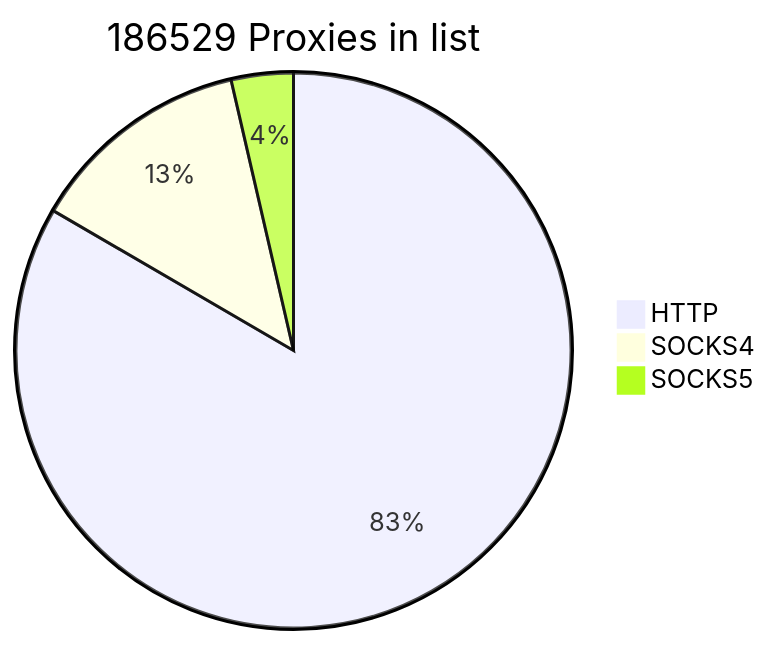
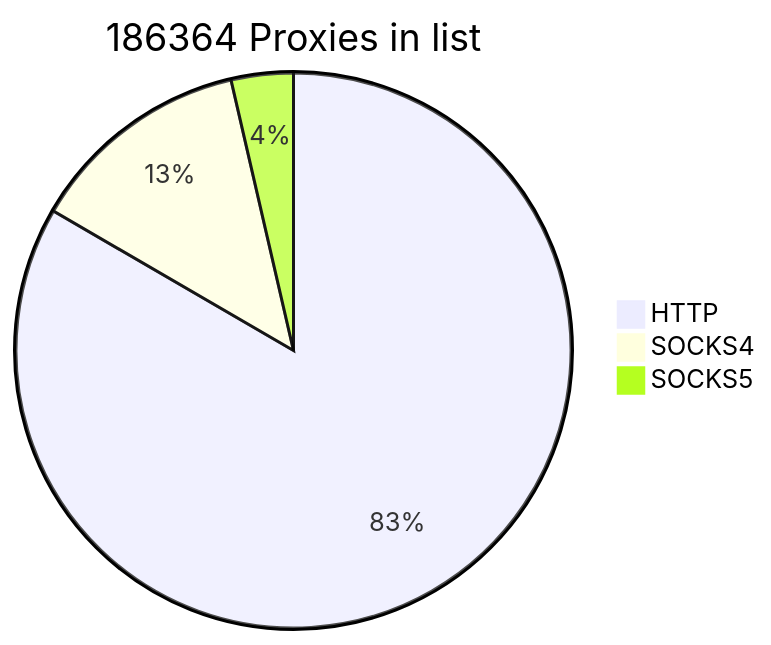
One commit to cutipu/proxylist changed the first of 2 diagrams in README.md. Above: the diagram before and after it, drawn with Mermaid. The commit also changed other lines of this file, not shown here.

````diff
--- a/README.md
+++ b/README.md
@@ -2,7 +2,7 @@
 ```mermaid
-pie title 186529 Proxies in list
-    "HTTP" : 155551
+pie title 186364 Proxies in list
+    "HTTP" : 155386
     "SOCKS4" : 24247
     "SOCKS5" : 6731
             
 ```
````
